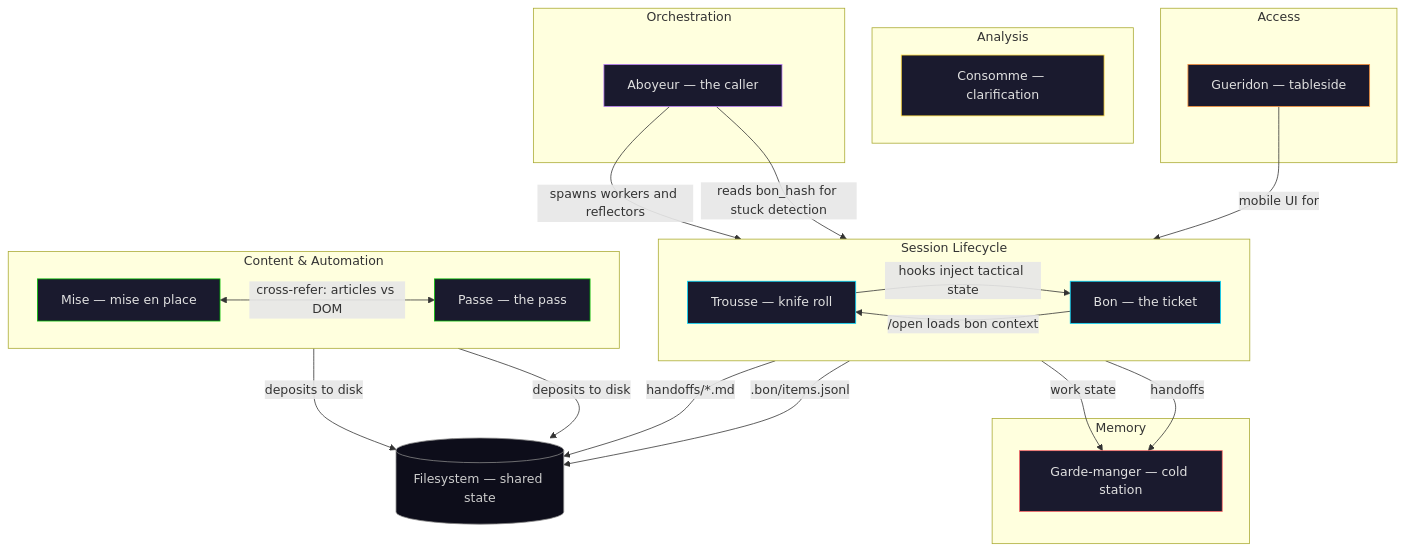
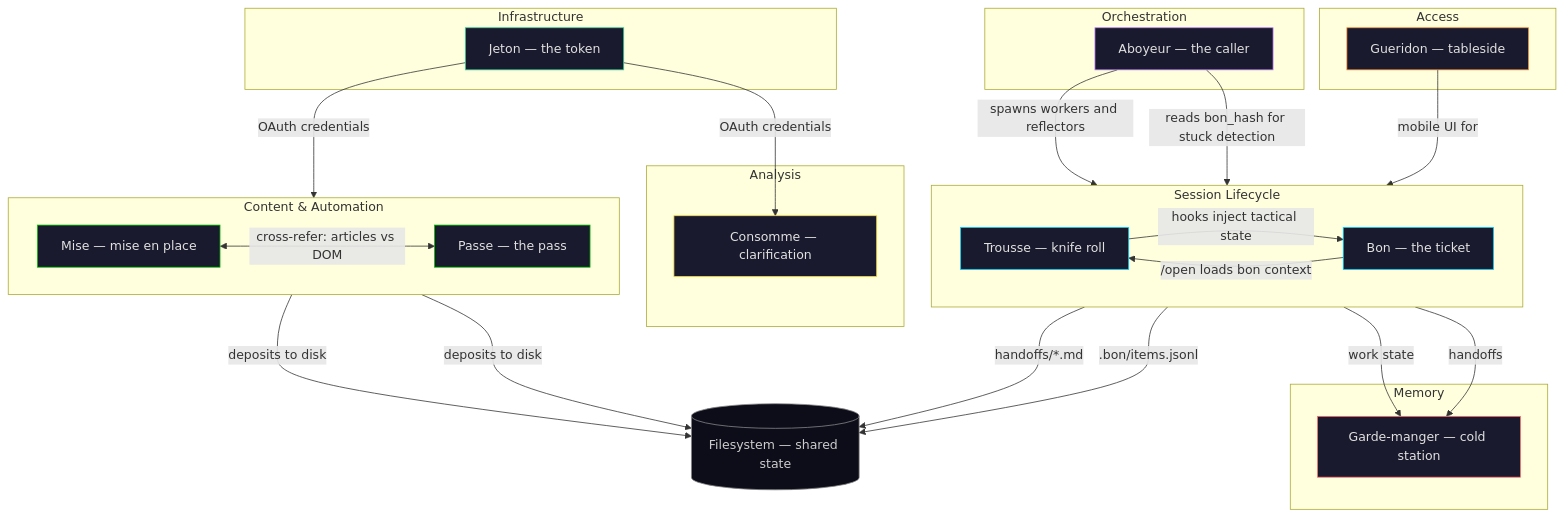
One commit to spm1001/batterie-de-savoir changed the diagram in docs/assets/brigade.mmd. Above: the diagram before and after it, drawn with Mermaid. The commit also changed 7 other files, not shown here.

```diff
--- a/docs/assets/brigade.mmd
+++ b/docs/assets/brigade.mmd
@@ -1,57 +1,65 @@
 flowchart TB
     subgraph session["Session Lifecycle"]
         direction LR
         trousse["Trousse — knife roll"]
         bon["Bon — the ticket"]
         trousse -->|"hooks inject tactical state"| bon
         bon -->|"/open loads bon context"| trousse
+    end
+
+    subgraph auth["Infrastructure"]
+        jeton["Jeton — the token"]
     end
 
     subgraph content["Content & Automation"]
         direction LR
         mise["Mise — mise en place"]
         passe["Passe — the pass"]
         mise <-->|"cross-refer: articles vs DOM"| passe
     end
 
     subgraph memory["Memory"]
         garde["Garde-manger — cold station"]
     end
 
     subgraph analysis["Analysis"]
         consomme["Consomme — clarification"]
     end
 
     subgraph orchestration["Orchestration"]
         aboyeur["Aboyeur — the caller"]
     end
 
     subgraph access["Access"]
         gueridon["Gueridon — tableside"]
     end
 
     trousse -->|"handoffs"| garde
     bon -->|"work state"| garde
     aboyeur -->|"spawns workers and reflectors"| session
     aboyeur -->|"reads bon_hash for stuck detection"| bon
     gueridon -->|"mobile UI for"| trousse
+    jeton -->|"OAuth credentials"| mise
+    jeton -->|"OAuth credentials"| consomme
     mise -->|"deposits to disk"| fs[("Filesystem — shared state")]
     passe -->|"deposits to disk"| fs
     bon -->|".bon/items.jsonl"| fs
     trousse -->|"handoffs/*.md"| fs
 
     classDef sessionNode fill:#1a1a2e,stroke:#00d9ff,color:#e0e0e0
     classDef contentNode fill:#1a1a2e,stroke:#00c000,color:#e0e0e0
     classDef memoryNode fill:#1a1a2e,stroke:#ff6b6b,color:#e0e0e0
     classDef analysisNode fill:#1a1a2e,stroke:#ffd93d,color:#e0e0e0
     classDef orchNode fill:#1a1a2e,stroke:#c084fc,color:#e0e0e0
     classDef accessNode fill:#1a1a2e,stroke:#fb923c,color:#e0e0e0
+    classDef authNode fill:#1a1a2e,stroke:#34d399,color:#e0e0e0
     classDef fsNode fill:#0d0d1a,stroke:#888,color:#ccc
 
     class trousse,bon sessionNode
     class mise,passe contentNode
     class garde memoryNode
     class consomme analysisNode
     class aboyeur orchNode
     class gueridon accessNode
+    class jeton authNode
     class fs fsNode
```
